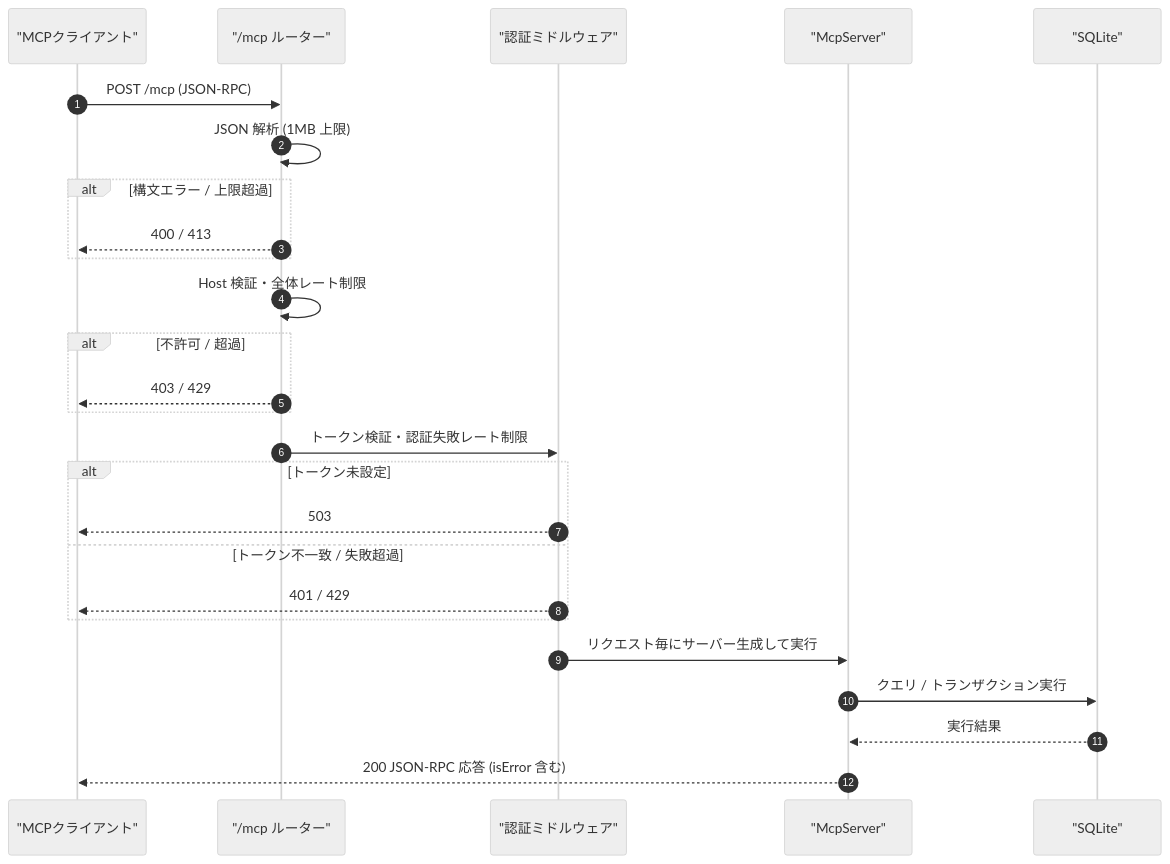
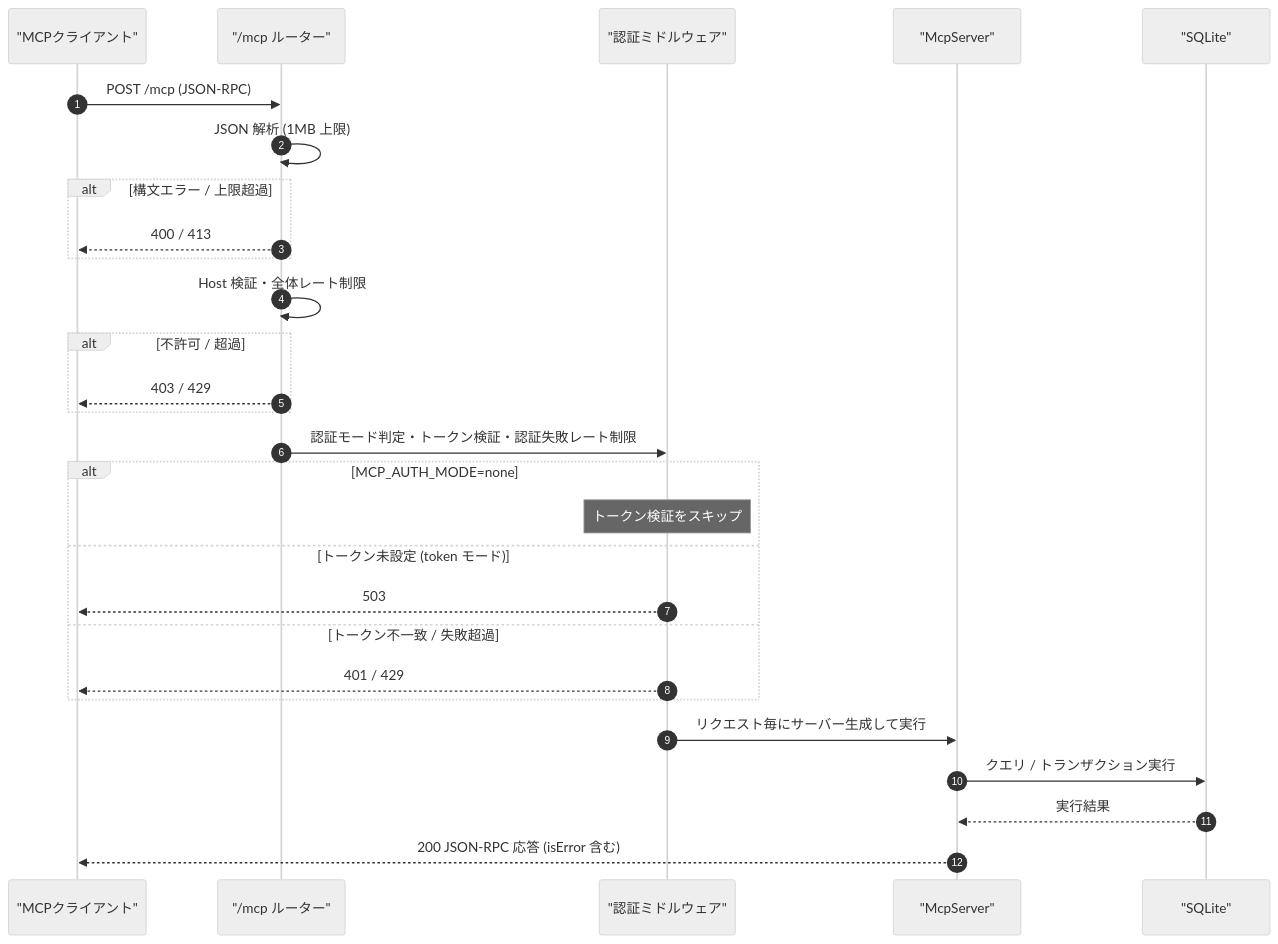
One commit to kuninet/gravity-household-app changed the second of 3 diagrams in docs/architecture.md. Above: the diagram before and after it, drawn with Mermaid (neutral theme). The commit also changed 4 other files, not shown here.

````diff
--- a/docs/architecture.md
+++ b/docs/architecture.md
@@ -161,29 +161,31 @@
 ```mermaid
 sequenceDiagram
   autonumber
   participant C as "MCPクライアント"
   participant R as "/mcp ルーター"
   participant A as "認証ミドルウェア"
   participant S as "McpServer"
   participant D as "SQLite"
 
   C->>R: POST /mcp (JSON-RPC)
   R->>R: JSON 解析 (1MB 上限)
   alt 構文エラー / 上限超過
     R-->>C: 400 / 413
   end
   R->>R: Host 検証・全体レート制限
   alt 不許可 / 超過
     R-->>C: 403 / 429
   end
-  R->>A: トークン検証・認証失敗レート制限
-  alt トークン未設定
+  R->>A: 認証モード判定・トークン検証・認証失敗レート制限
+  alt MCP_AUTH_MODE=none
+    Note over A: トークン検証をスキップ
+  else トークン未設定 (token モード)
     A-->>C: 503
   else トークン不一致 / 失敗超過
     A-->>C: 401 / 429
   end
   A->>S: リクエスト毎にサーバー生成して実行
   S->>D: クエリ / トランザクション実行
   D-->>S: 実行結果
   S-->>C: 200 JSON-RPC 応答 (isError 含む)
 ```
````
